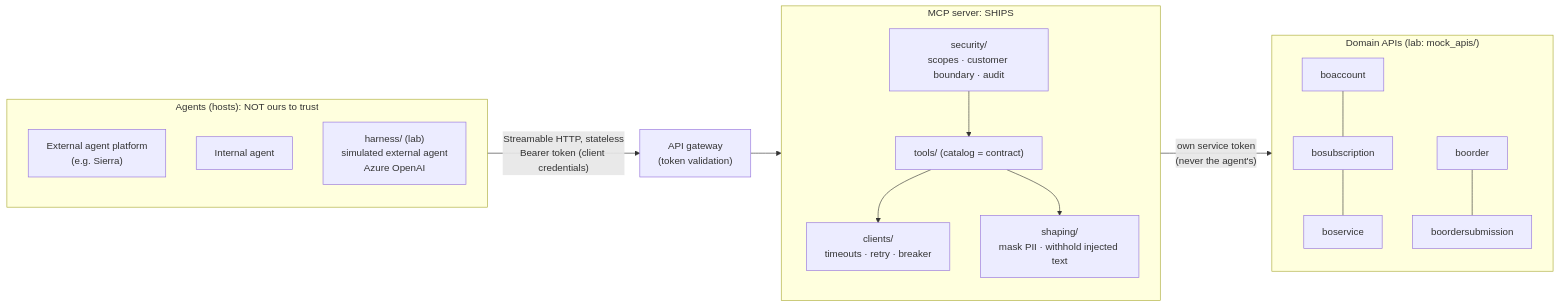
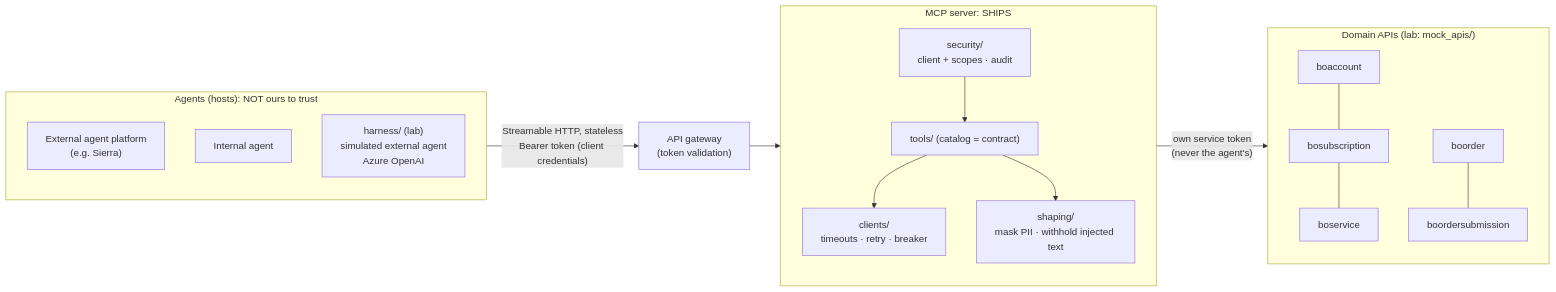
One commit to teja1989/Intel-Inteligence-mcp changed the diagram in README.md. Above: the diagram before and after it, drawn with Mermaid. The commit also changed other lines of this file and 72 other files, not shown here.

````diff
--- a/README.md
+++ b/README.md
@@ -119,25 +115,25 @@
 ```mermaid
 flowchart LR
     subgraph EXT["Agents (hosts): NOT ours to trust"]
         direction TB
         X1["External agent platform<br/>(e.g. Sierra)"]
         X2["Internal agent"]
         H["harness/ (lab)<br/>simulated external agent<br/>Azure OpenAI"]
     end
     EXT -- "Streamable HTTP, stateless<br/>Bearer token (client credentials)" --> GW
     GW["API gateway<br/>(token validation)"] --> S
     subgraph S["MCP server: SHIPS"]
         direction TB
-        SEC["security/<br/>scopes · customer boundary · audit"]
+        SEC["security/<br/>client + scopes · audit"]
         T["tools/ (catalog = contract)"]
         SH["shaping/<br/>mask PII · withhold injected text"]
         CL["clients/<br/>timeouts · retry · breaker"]
         SEC --> T --> CL
         T --> SH
     end
     CL -- "own service token<br/>(never the agent's)" --> B
     subgraph B["Domain APIs (lab: mock_apis/)"]
         A1[boaccount] --- A2[bosubscription] --- A3[boservice]
         A4[boorder] --- A5[boordersubmission]
     end
 ```
````
